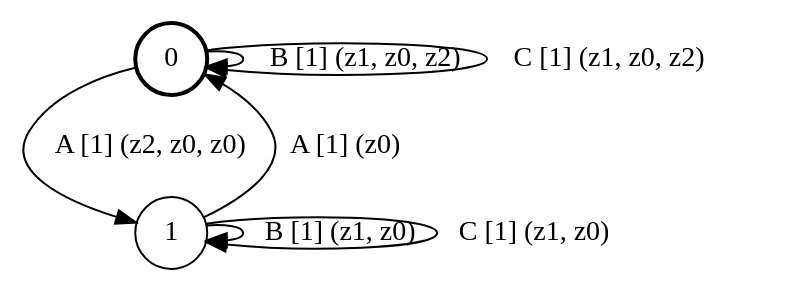
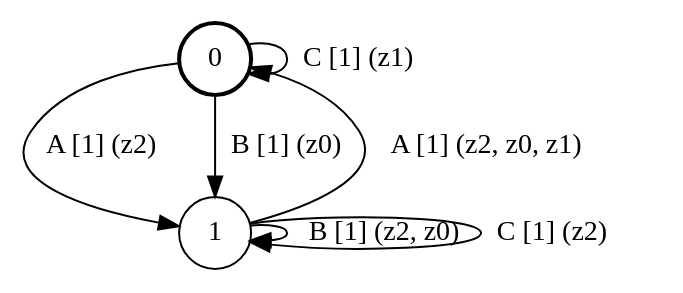
The diagram in qbf/testing/fsm_2s3e3a.dot (ulyantsev/EFSM-tools), drawn with Graphviz before and after one commit. The commit also changed 1162 other files, not shown here.

```diff
--- a/qbf/testing/fsm_2s3e3a.dot
+++ b/qbf/testing/fsm_2s3e3a.dot
@@ -1,12 +1,12 @@
 # generated file, don't try to modify
 # command: dot -Tpng <filename> > tree.png
 digraph Automaton {
     node [shape = circle];
     0 [style = "bold"];
-    0 -> 1 [label = "A [1] (z2, z0, z0) "];
-    0 -> 0 [label = "B [1] (z1, z0, z2) "];
-    0 -> 0 [label = "C [1] (z1, z0, z2) "];
-    1 -> 0 [label = "A [1] (z0) "];
-    1 -> 1 [label = "B [1] (z1, z0) "];
-    1 -> 1 [label = "C [1] (z1, z0) "];
+    0 -> 1 [label = "A [1] (z2) "];
+    0 -> 1 [label = "B [1] (z0) "];
+    0 -> 0 [label = "C [1] (z1) "];
+    1 -> 0 [label = "A [1] (z2, z0, z1) "];
+    1 -> 1 [label = "B [1] (z2, z0) "];
+    1 -> 1 [label = "C [1] (z2) "];
 }
```
